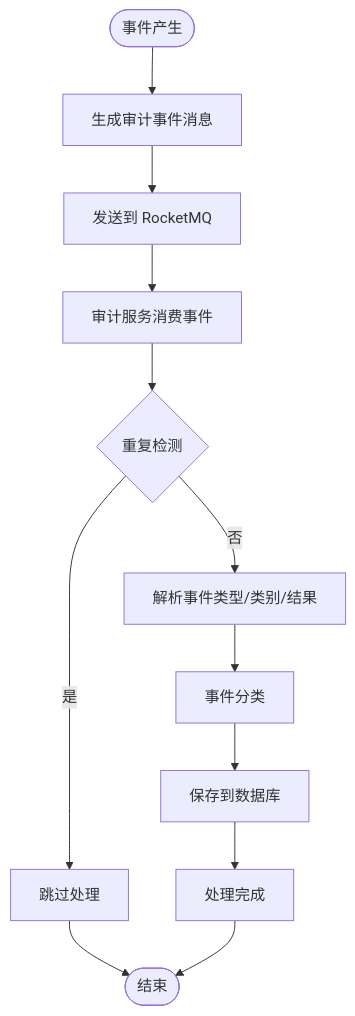
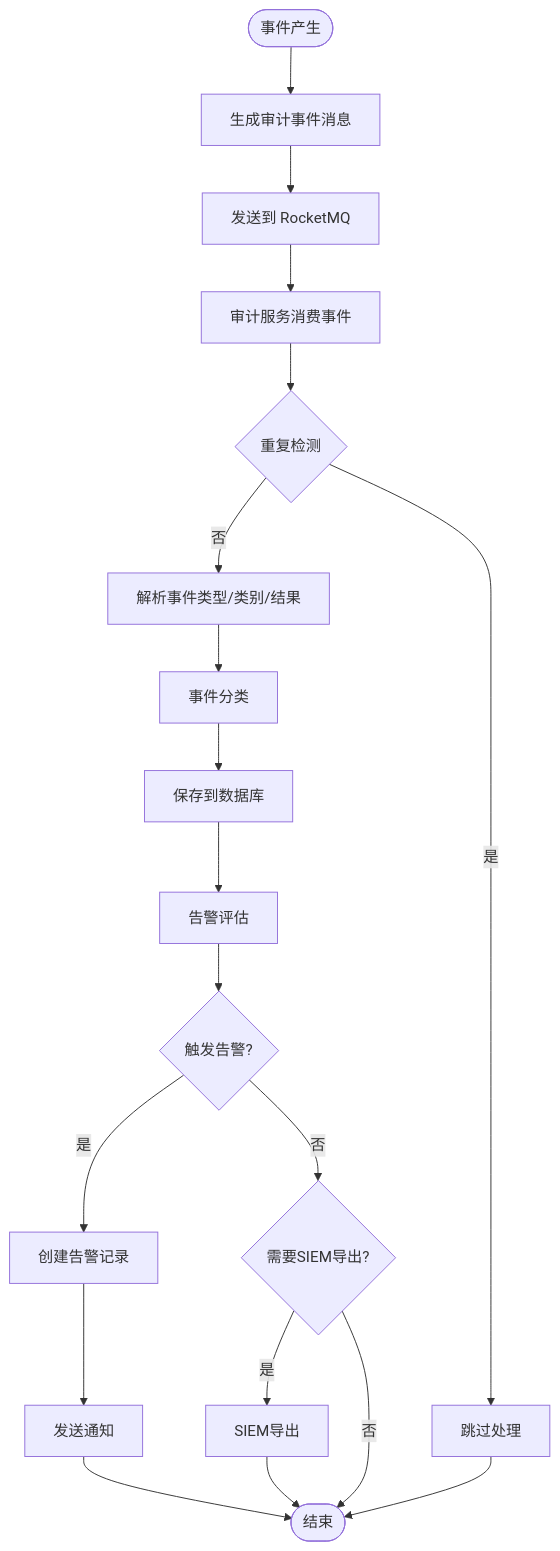
Before and after one commit to fq0121104930716/iam-platform: the seventh of 12 diagrams in .qoder/repowiki/zh/content/数据库设计/数据库架构/审计日志表.md, drawn with Mermaid. The commit also changed other lines of this file and 46 other files, not shown here.

````diff
--- a/.qoder/repowiki/zh/content/数据库设计/数据库架构/审计日志表.md
+++ b/.qoder/repowiki/zh/content/数据库设计/数据库架构/审计日志表.md
@@ -293,14 +485,21 @@
 ```mermaid
 flowchart TD
 Start(["事件产生"]) --> GenMsg["生成审计事件消息"]
 GenMsg --> SendMQ["发送到 RocketMQ"]
 SendMQ --> Consume["审计服务消费事件"]
 Consume --> Dedup{"重复检测"}
 Dedup --> |是| Skip["跳过处理"]
 Dedup --> |否| Parse["解析事件类型/类别/结果"]
 Parse --> Classify["事件分类"]
 Classify --> Save["保存到数据库"]
-Save --> Success["处理完成"]
-Skip --> End(["结束"])
-Success --> End
+Save --> AlertEval["告警评估"]
+AlertEval --> AlertCheck{"触发告警?"}
+AlertCheck --> |是| CreateAlert["创建告警记录"]
+AlertCheck --> |否| SIEMCheck{"需要SIEM导出?"}
+CreateAlert --> Notify["发送通知"]
+Notify --> End(["结束"])
+SIEMCheck --> |是| SIEMExport["SIEM导出"]
+SIEMExport --> End
+SIEMCheck --> |否| End
+Skip --> End
 ```
````
